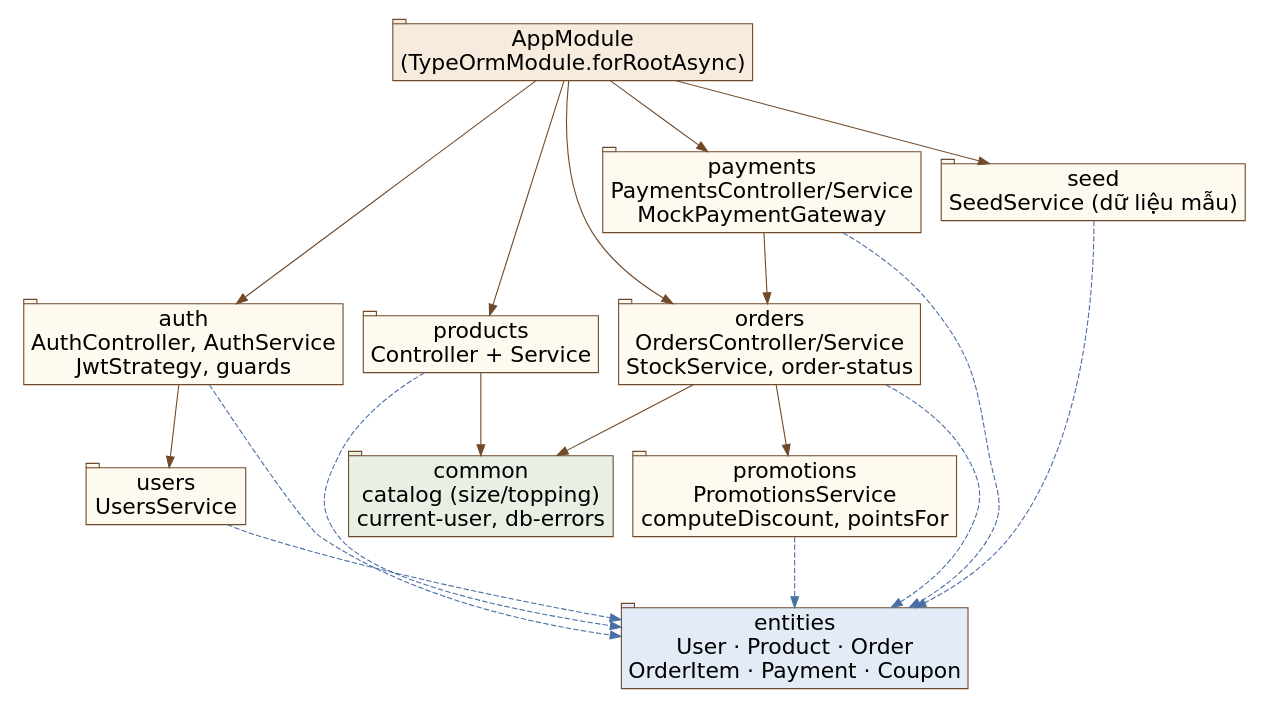
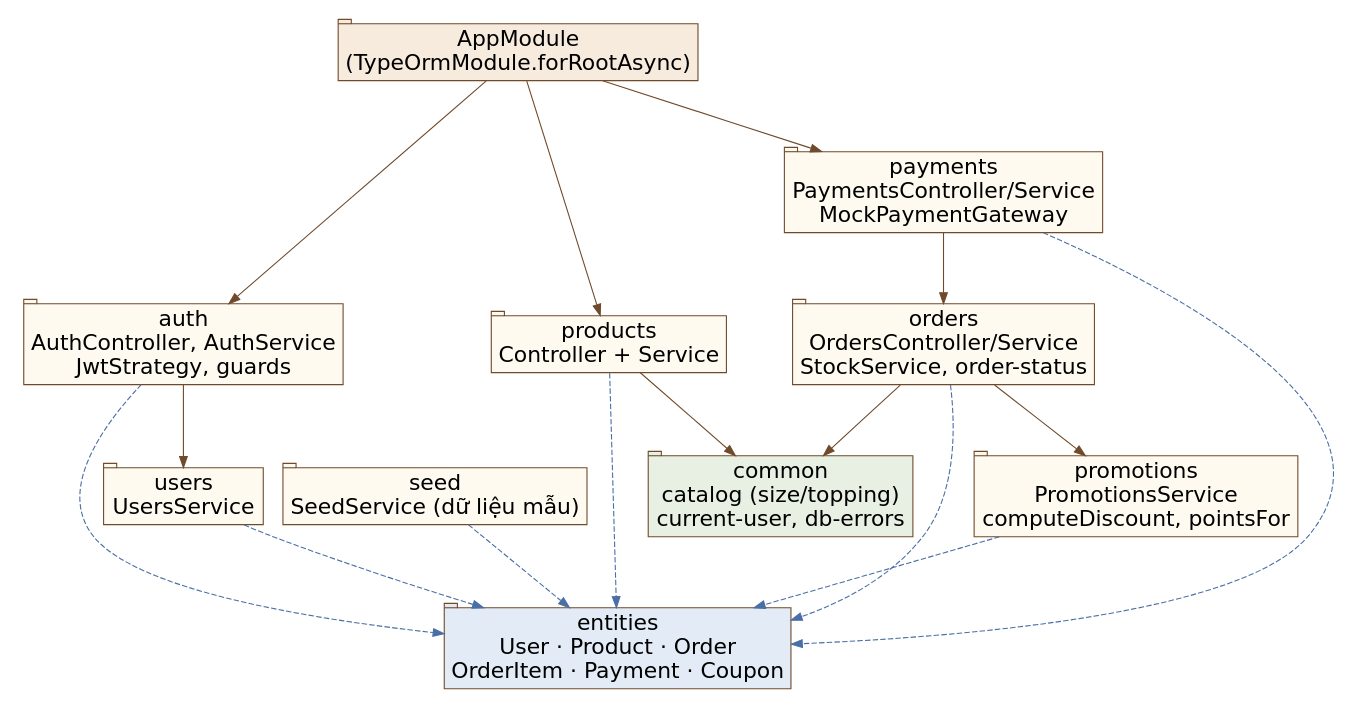
One commit to kaiqwwp/brewlite changed the diagram in report/diagrams/package.dot. Above: the diagram before and after it, drawn with Graphviz. The commit also changed 45 other files, not shown here.

First line of the commit message:
Docs: diagrams portrait, fill report info, centered cover

```diff
--- a/report/diagrams/package.dot
+++ b/report/diagrams/package.dot
@@ -1,9 +1,10 @@
 digraph P { graph [fontname="DejaVu Sans" fontsize=22 pad=0.2]; node [fontname="DejaVu Sans" fontsize=20]; edge [fontname="DejaVu Sans" fontsize=17 color="#6f4a2b"]; rankdir=TB; nodesep=0.25; ranksep=0.9; node [shape=tab style=filled fillcolor="#fffaf0" color="#6f4a2b"];
  app [label="AppModule\n(TypeOrmModule.forRootAsync)" fillcolor="#f6ebdd"];
  auth [label="auth\nAuthController, AuthService\nJwtStrategy, guards"]; users [label="users\nUsersService"]; products [label="products\nController + Service"];
  orders [label="orders\nOrdersController/Service\nStockService, order-status"]; payments [label="payments\nPaymentsController/Service\nMockPaymentGateway"]; promo [label="promotions\nPromotionsService\ncomputeDiscount, pointsFor"];
  ent [label="entities\nUser · Product · Order\nOrderItem · Payment · Coupon" fillcolor="#e3ecf6"]; common [label="common\ncatalog (size/topping)\ncurrent-user, db-errors" fillcolor="#e8f0e4"]; seed [label="seed\nSeedService (dữ liệu mẫu)"];
- app -> {auth products orders payments seed};
+ app -> {auth products payments};
+ seed -> app [dir=back style=invis]; products -> seed [style=invis];
  auth -> users; payments -> orders; orders -> promo; orders -> common; products -> common;
  {auth users products orders payments promo seed} -> ent [color="#4a6fa5" style=dashed];
 }
```
